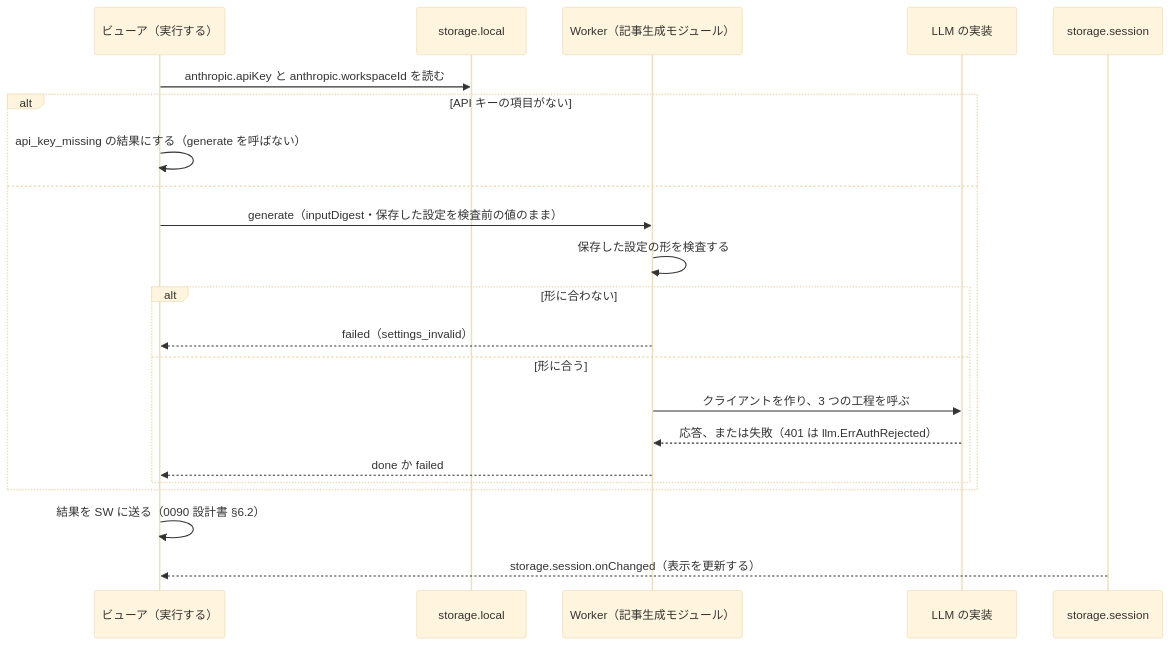
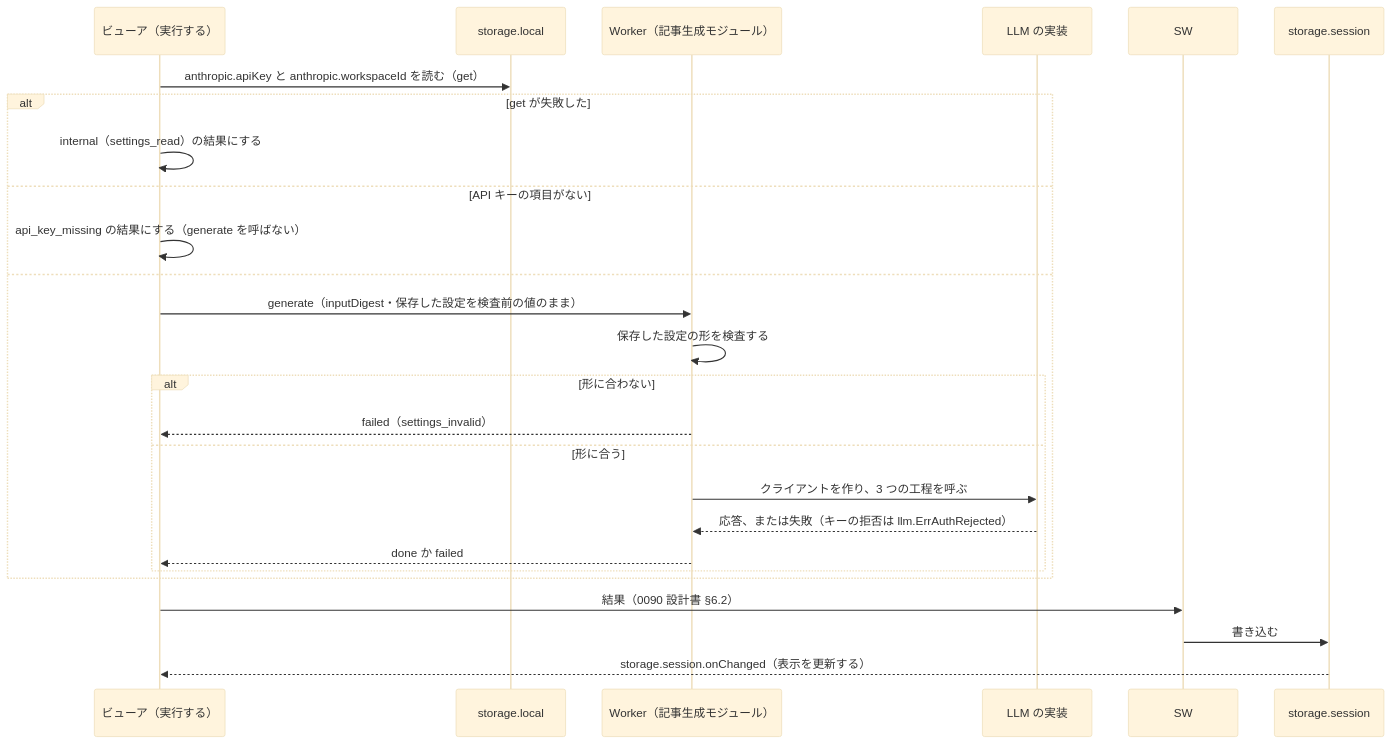
One commit to isseis/yt2column changed the fourth of 8 diagrams in docs/tasks/0091_extension_only_migration/02_architecture.md. Above: the diagram before and after it, drawn with Mermaid (base theme). The commit also changed other lines of this file and 8 other files, not shown here.

First line of the commit message:
docs(0091): apply the architecture and prose review fixes

````diff
--- a/docs/tasks/0091_extension_only_migration/02_architecture.md
+++ b/docs/tasks/0091_extension_only_migration/02_architecture.md
@@ -231,25 +242,29 @@
 ```mermaid
 sequenceDiagram
     participant V as ビューア（実行する）
     participant L as storage.local
     participant W as Worker（記事生成モジュール）
     participant B as LLM の実装
+    participant S as SW
     participant SS as storage.session
 
-    V->>L: anthropic.apiKey と anthropic.workspaceId を読む
-    alt API キーの項目がない
+    V->>L: anthropic.apiKey と anthropic.workspaceId を読む（get）
+    alt get が失敗した
+        V->>V: internal（settings_read）の結果にする
+    else API キーの項目がない
         V->>V: api_key_missing の結果にする（generate を呼ばない）
     else
         V->>W: generate（inputDigest・保存した設定を検査前の値のまま）
         W->>W: 保存した設定の形を検査する
         alt 形に合わない
             W-->>V: failed（settings_invalid）
         else 形に合う
             W->>B: クライアントを作り、3 つの工程を呼ぶ
-            B-->>W: 応答、または失敗（401 は llm.ErrAuthRejected）
+            B-->>W: 応答、または失敗（キーの拒否は llm.ErrAuthRejected）
             W-->>V: done か failed
         end
     end
-    V->>V: 結果を SW に送る（0090 設計書 §6.2）
+    V->>S: 結果（0090 設計書 §6.2）
+    S->>SS: 書き込む
     SS-->>V: storage.session.onChanged（表示を更新する）
 ```
````
